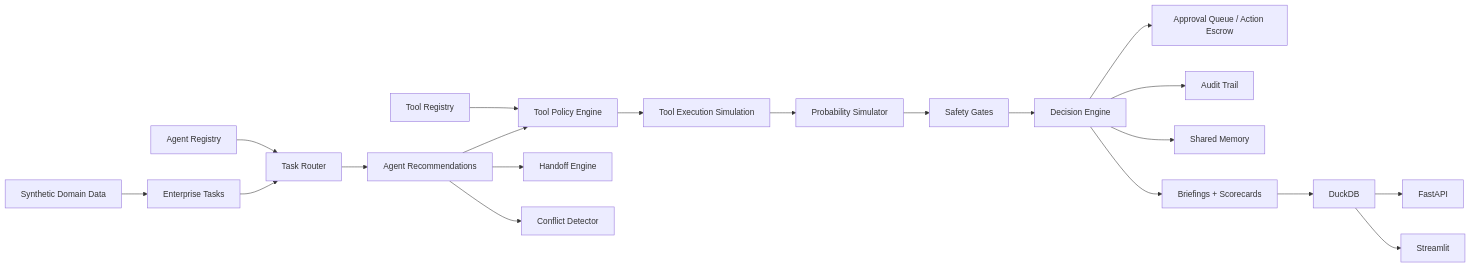
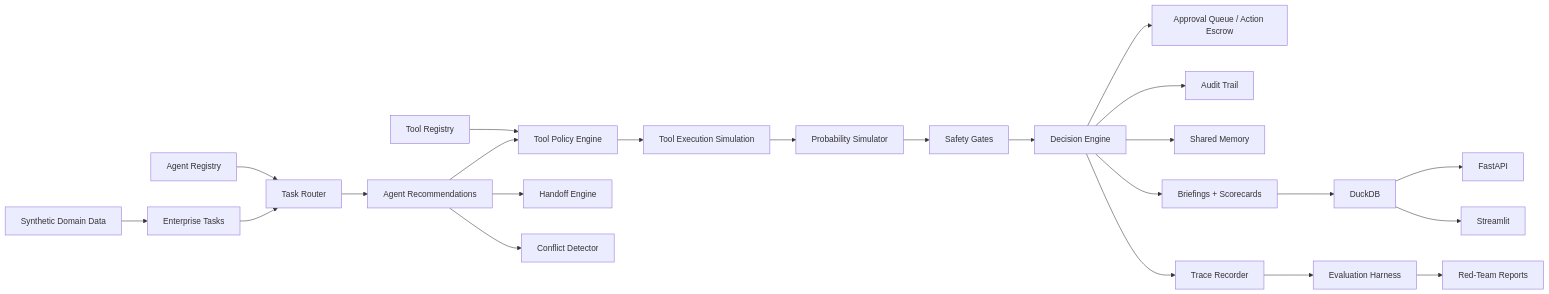
One commit to mohilamin/agentic-enterprise-runtime changed the first of 6 diagrams in README.md. Above: the diagram before and after it, drawn with Mermaid. The commit also changed other lines of this file and 119 other files, not shown here.

Commit message:
feat(runtime): add traced evaluation and red-team demo mode

````diff
--- a/README.md
+++ b/README.md
@@ -40,22 +54,25 @@
 ```mermaid
 flowchart LR
     A["Synthetic Domain Data"] --> B["Enterprise Tasks"]
     C["Agent Registry"] --> D["Task Router"]
     E["Tool Registry"] --> F["Tool Policy Engine"]
     B --> D
     D --> G["Agent Recommendations"]
     G --> F
     F --> H["Tool Execution Simulation"]
     G --> I["Handoff Engine"]
     G --> J["Conflict Detector"]
     H --> K["Probability Simulator"]
     K --> L["Safety Gates"]
     L --> M["Decision Engine"]
     M --> N["Approval Queue / Action Escrow"]
     M --> O["Audit Trail"]
     M --> P["Shared Memory"]
     M --> Q["Briefings + Scorecards"]
     Q --> R["DuckDB"]
     R --> S["FastAPI"]
     R --> T["Streamlit"]
+    M --> U["Trace Recorder"]
+    U --> V["Evaluation Harness"]
+    V --> W["Red-Team Reports"]
 ```
````
